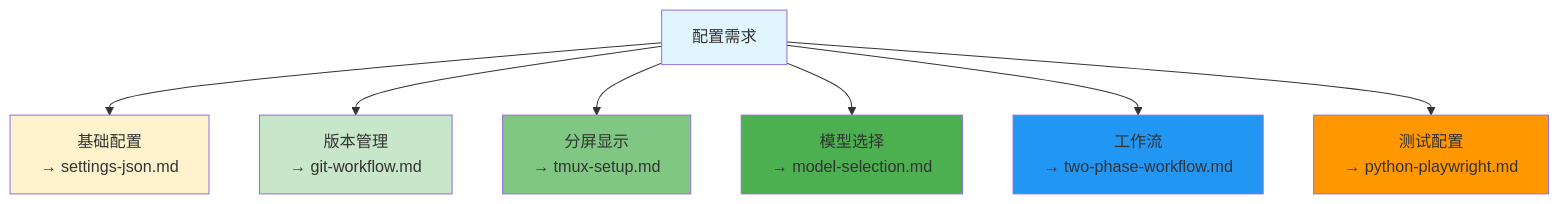
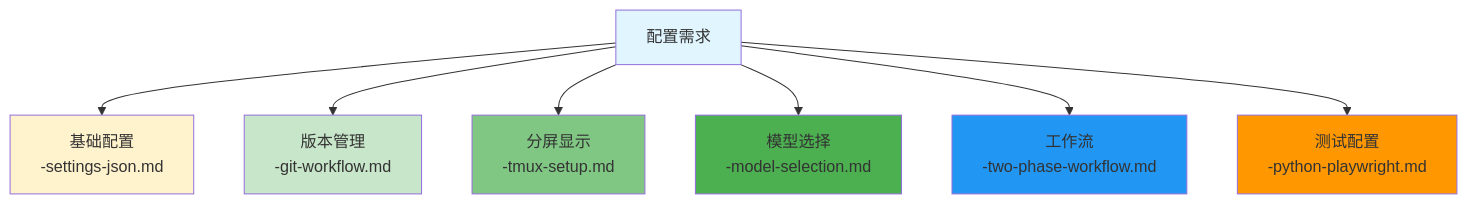
The diagram in config/README.md (Jasper-Wynn/agent-doc), drawn with Mermaid before and after one commit. The commit also changed 16 other files, not shown here.

First line of the commit message:
fix: repair mermaid diagram rendering issues

````diff
--- a/config/README.md
+++ b/config/README.md
@@ -18,17 +18,17 @@
 ```mermaid
 flowchart TD
-    A[配置需求] --> B[基础配置<br/>→ settings-json.md]
-    A --> C[版本管理<br/>→ git-workflow.md]
-    A --> D[分屏显示<br/>→ tmux-setup.md]
-    A --> E[模型选择<br/>→ model-selection.md]
-    A --> F[工作流<br/>→ two-phase-workflow.md]
-    A --> G[测试配置<br/>→ python-playwright.md]
+    A[配置需求] --> B[基础配置<br/>-settings-json.md]
+    A --> C[版本管理<br/>-git-workflow.md]
+    A --> D[分屏显示<br/>-tmux-setup.md]
+    A --> E[模型选择<br/>-model-selection.md]
+    A --> F[工作流<br/>-two-phase-workflow.md]
+    A --> G[测试配置<br/>-python-playwright.md]
 
     style A fill:#e1f5ff
     style B fill:#fff3cd
     style C fill:#c8e6c9
     style D fill:#81c784
     style E fill:#4caf50
     style F fill:#2196f3
     style G fill:#ff9800
 ```
````
